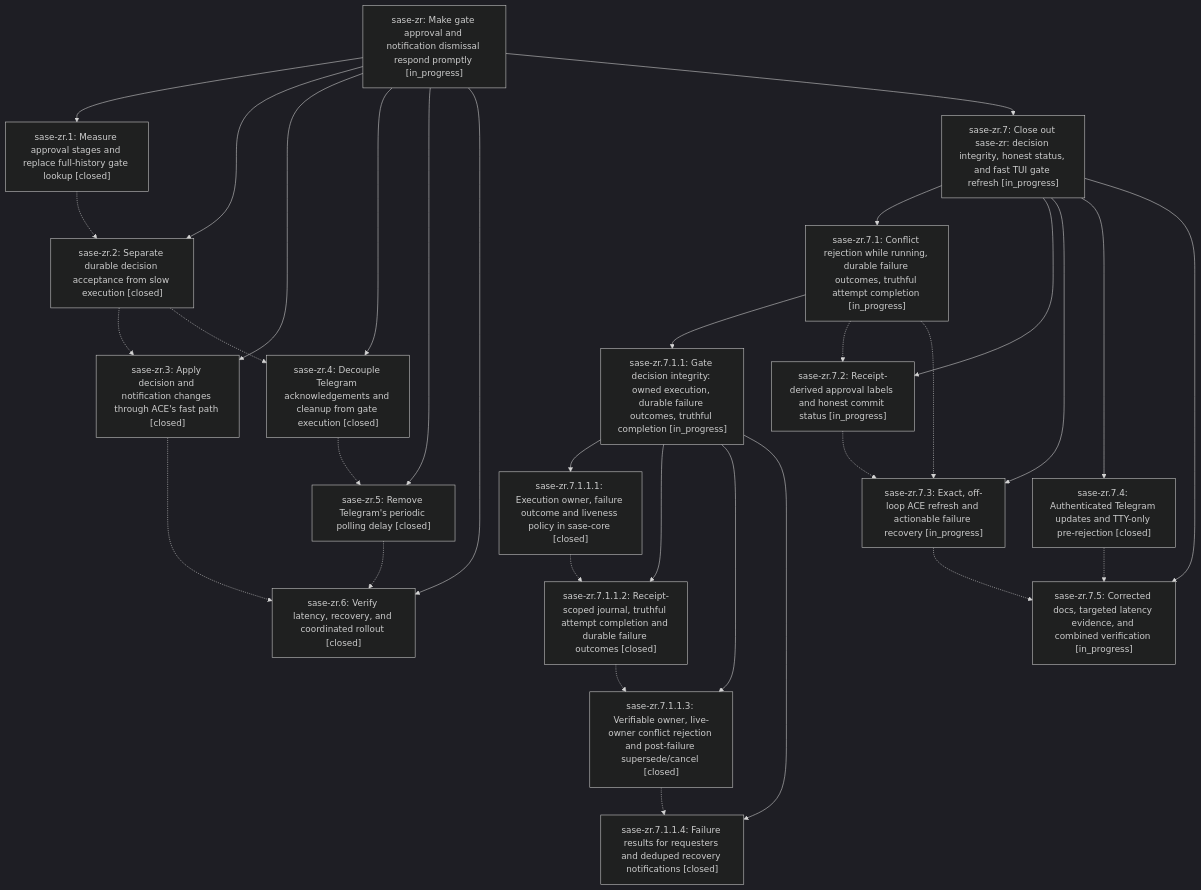
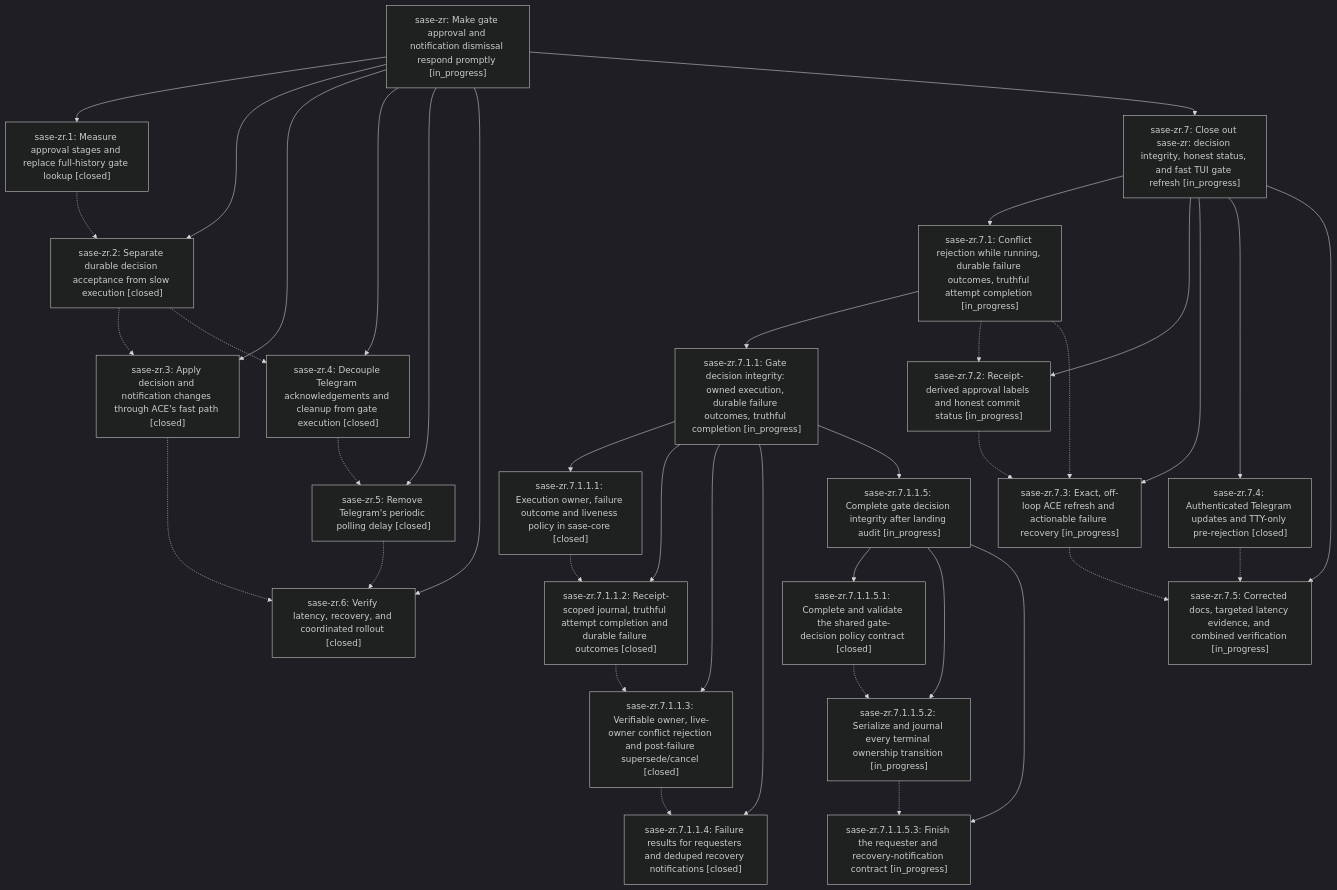
One commit to sase-org/sase--beads changed the diagram in pages/sase-zr/README.md. Above: the diagram before and after it, drawn with Mermaid (dark theme). The commit also changed other lines of this file and 5 other files, not shown here.

````diff
--- a/pages/sase-zr/README.md
+++ b/pages/sase-zr/README.md
@@ -92,52 +92,62 @@
 ```mermaid
 flowchart TD
     n0["sase-zr: Make gate approval and notification dismissal respond promptly [in_progress]"]
     n1["sase-zr.1: Measure approval stages and replace full-history gate lookup [closed]"]
     n2["sase-zr.2: Separate durable decision acceptance from slow execution [closed]"]
     n3["sase-zr.3: Apply decision and notification changes through ACE's fast path [closed]"]
     n4["sase-zr.4: Decouple Telegram acknowledgements and cleanup from gate execution [closed]"]
     n5["sase-zr.5: Remove Telegram's periodic polling delay [closed]"]
     n6["sase-zr.6: Verify latency, recovery, and coordinated rollout [closed]"]
     n7["sase-zr.7: Close out sase-zr: decision integrity, honest status, and fast TUI gate refresh [in_progress]"]
     n8["sase-zr.7.1: Conflict rejection while running, durable failure outcomes, truthful attempt completion [in_progress]"]
     n9["sase-zr.7.1.1: Gate decision integrity: owned execution, durable failure outcomes, truthful completion [in_progress]"]
     n10["sase-zr.7.1.1.1: Execution owner, failure outcome and liveness policy in sase-core [closed]"]
     n11["sase-zr.7.1.1.2: Receipt-scoped journal, truthful attempt completion and durable failure outcomes [closed]"]
     n12["sase-zr.7.1.1.3: Verifiable owner, live-owner conflict rejection and post-failure supersede/cancel [closed]"]
     n13["sase-zr.7.1.1.4: Failure results for requesters and deduped recovery notifications [closed]"]
-    n14["sase-zr.7.2: Receipt-derived approval labels and honest commit status [in_progress]"]
-    n15["sase-zr.7.3: Exact, off-loop ACE refresh and actionable failure recovery [in_progress]"]
-    n16["sase-zr.7.4: Authenticated Telegram updates and TTY-only pre-rejection [closed]"]
-    n17["sase-zr.7.5: Corrected docs, targeted latency evidence, and combined verification [in_progress]"]
+    n14["sase-zr.7.1.1.5: Complete gate decision integrity after landing audit [in_progress]"]
+    n15["sase-zr.7.1.1.5.1: Complete and validate the shared gate-decision policy contract [closed]"]
+    n16["sase-zr.7.1.1.5.2: Serialize and journal every terminal ownership transition [in_progress]"]
+    n17["sase-zr.7.1.1.5.3: Finish the requester and recovery-notification contract [in_progress]"]
+    n18["sase-zr.7.2: Receipt-derived approval labels and honest commit status [in_progress]"]
+    n19["sase-zr.7.3: Exact, off-loop ACE refresh and actionable failure recovery [in_progress]"]
+    n20["sase-zr.7.4: Authenticated Telegram updates and TTY-only pre-rejection [closed]"]
+    n21["sase-zr.7.5: Corrected docs, targeted latency evidence, and combined verification [in_progress]"]
     n0 --> n1
     n0 --> n2
     n0 --> n3
     n0 --> n4
     n0 --> n5
     n0 --> n6
     n0 --> n7
     n7 --> n8
     n8 --> n9
     n9 --> n10
     n9 --> n11
     n9 --> n12
     n9 --> n13
-    n7 --> n14
-    n7 --> n15
-    n7 --> n16
-    n7 --> n17
+    n9 --> n14
+    n14 --> n15
+    n14 --> n16
+    n14 --> n17
+    n7 --> n18
+    n7 --> n19
+    n7 --> n20
+    n7 --> n21
     n1 -.-> n2
     n2 -.-> n3
     n2 -.-> n4
     n3 -.-> n6
     n4 -.-> n5
     n5 -.-> n6
-    n8 -.-> n14
-    n8 -.-> n15
+    n8 -.-> n18
+    n8 -.-> n19
     n10 -.-> n11
     n11 -.-> n12
     n12 -.-> n13
-    n14 -.-> n15
-    n15 -.-> n17
+    n15 -.-> n16
     n16 -.-> n17
+    n18 -.-> n19
+    n19 -.-> n21
+    n20 -.-> n21
 ```
````
